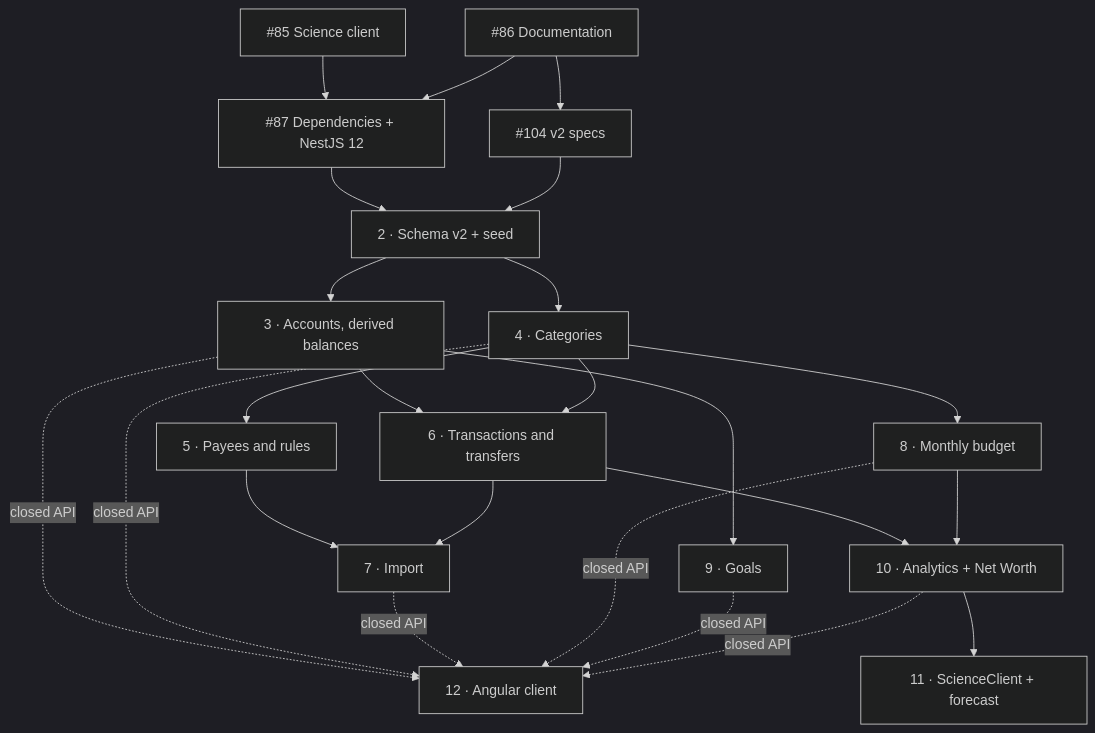
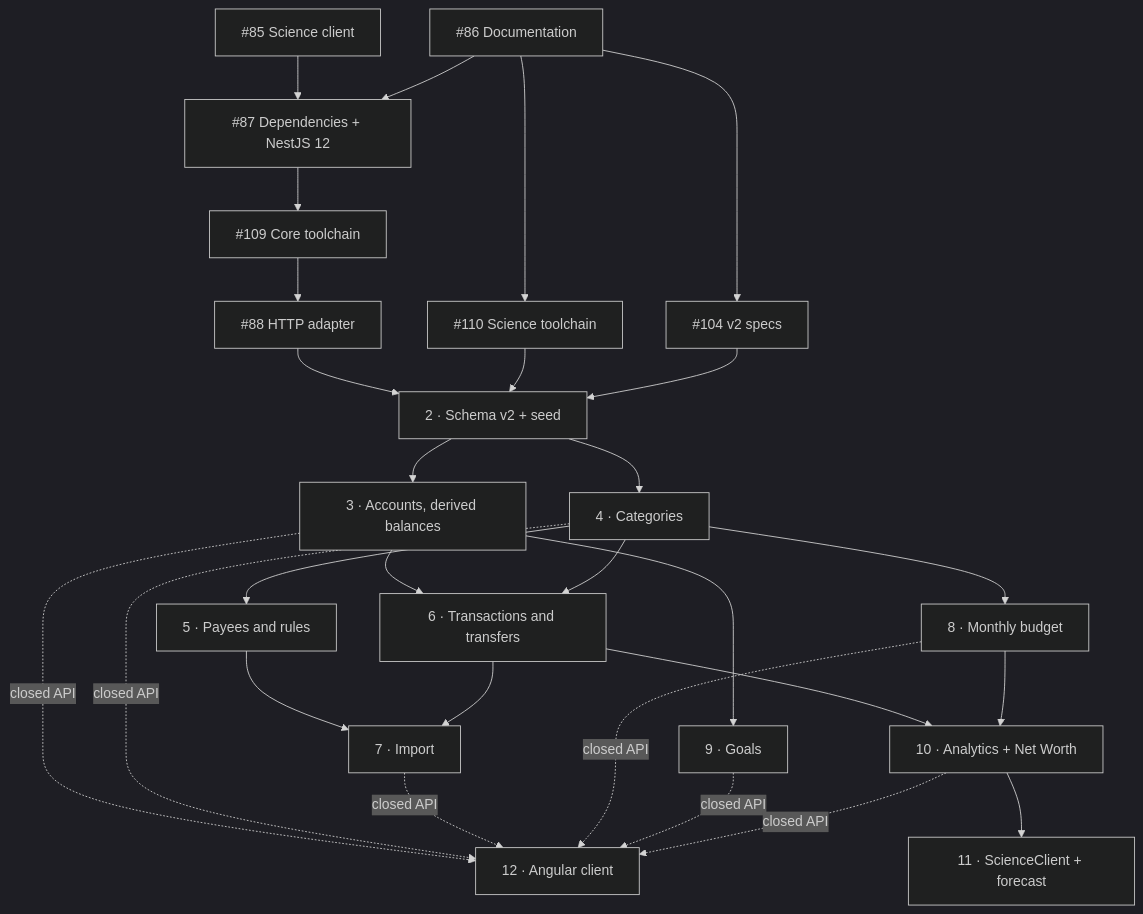
Before and after one commit to fabogit/finances-dashboard: the diagram in documents/product/roadmap.md, drawn with Mermaid (dark theme). The commit also changed other lines of this file and 4 other files, not shown here.

````diff
--- a/documents/product/roadmap.md
+++ b/documents/product/roadmap.md
@@ -43,30 +46,34 @@
 ```mermaid
 flowchart TD
     S1a["#85 Science client"]
     S1c["#86 Documentation"]
     S1d["#87 Dependencies + NestJS 12"]
+    S1t["#109 Core toolchain"]
+    S1p["#110 Science toolchain"]
+    S1h["#88 HTTP adapter"]
     S1s["#104 v2 specs"]
     S2["2 · Schema v2 + seed"]
     S3["3 · Accounts, derived balances"]
     S4["4 · Categories"]
     S5["5 · Payees and rules"]
     S6["6 · Transactions and transfers"]
     S7["7 · Import"]
     S8["8 · Monthly budget"]
     S9["9 · Goals"]
     S10["10 · Analytics + Net Worth"]
     S11["11 · ScienceClient + forecast"]
     S12["12 · Angular client"]
 
-    S1a & S1c --> S1d --> S2
+    S1a & S1c --> S1d --> S1t --> S1h --> S2
+    S1c --> S1p --> S2
     S1c --> S1s --> S2
     S2 --> S3 & S4
     S4 --> S5
     S3 & S4 --> S6
     S5 & S6 --> S7
     S4 --> S8
     S3 --> S9
     S6 & S8 --> S10
     S10 --> S11
     S3 & S4 & S7 & S8 & S9 & S10 -. closed API .-> S12
 ```
````
